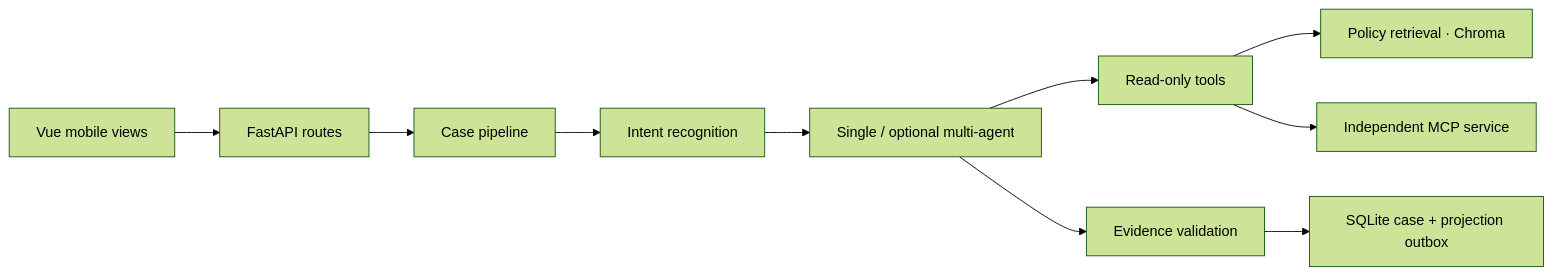
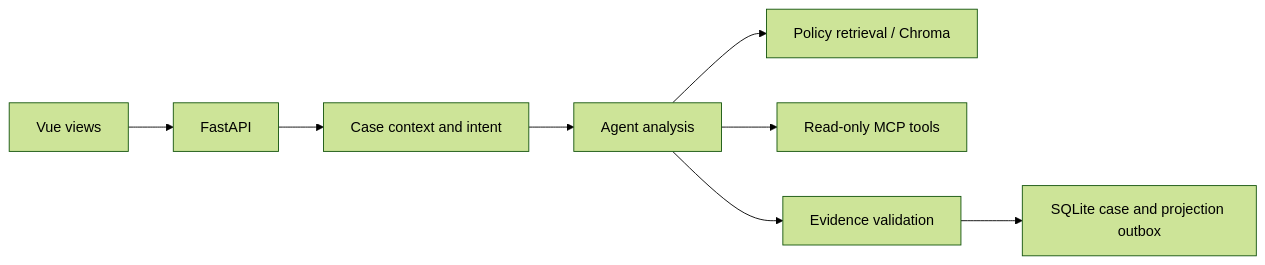
One commit to lucia-huang7/RideRecall-Agent changed the diagram in README.md. Above: the diagram before and after it, drawn with Mermaid (forest theme). The commit also changed other lines of this file and 20 other files, not shown here.

Commit message:
Simplify the case pipeline and validate dependency updates

````diff
--- a/README.md
+++ b/README.md
@@ -31,12 +27,10 @@
 ```mermaid
 flowchart LR
-    UI[Vue mobile views] --> API[FastAPI routes]
-    API --> P[Case pipeline]
-    P --> I[Intent recognition]
-    I --> O[Single / optional multi-agent]
-    O --> T[Read-only tools]
-    T --> R[Policy retrieval · Chroma]
-    T --> M[Independent MCP service]
-    O --> V[Evidence validation]
-    V --> S[SQLite case + projection outbox]
+    UI[Vue views] --> API[FastAPI]
+    API --> P[Case context and intent]
+    P --> A[Agent analysis]
+    A --> R[Policy retrieval / Chroma]
+    A --> M[Read-only MCP tools]
+    A --> V[Evidence validation]
+    V --> S[SQLite case and projection outbox]
 ```
````
